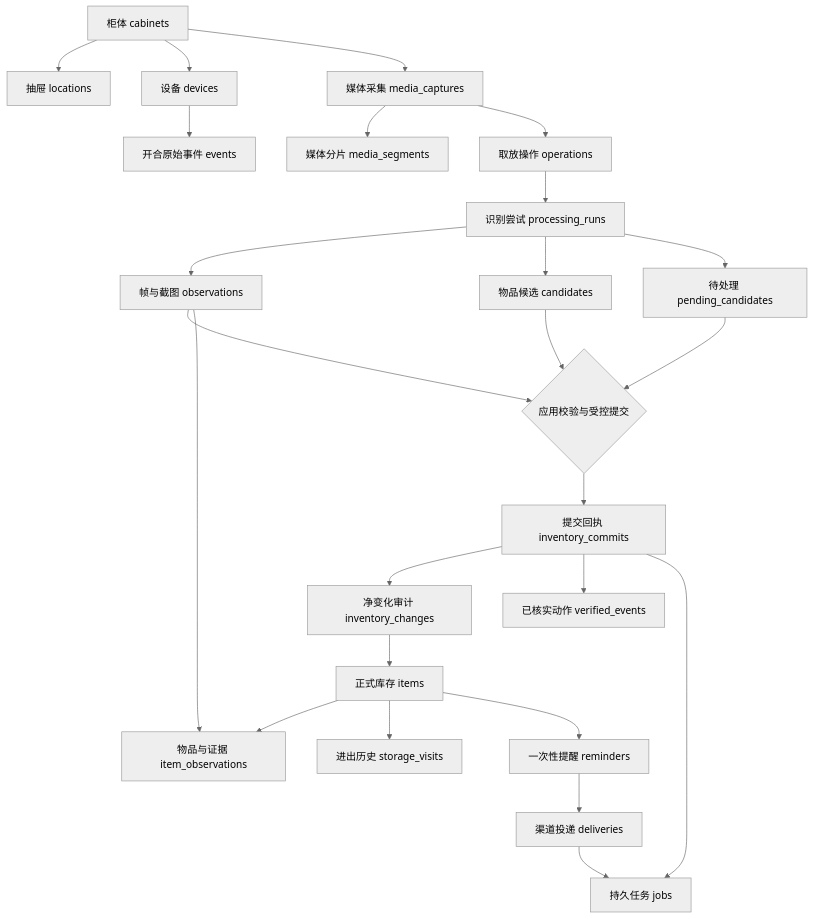
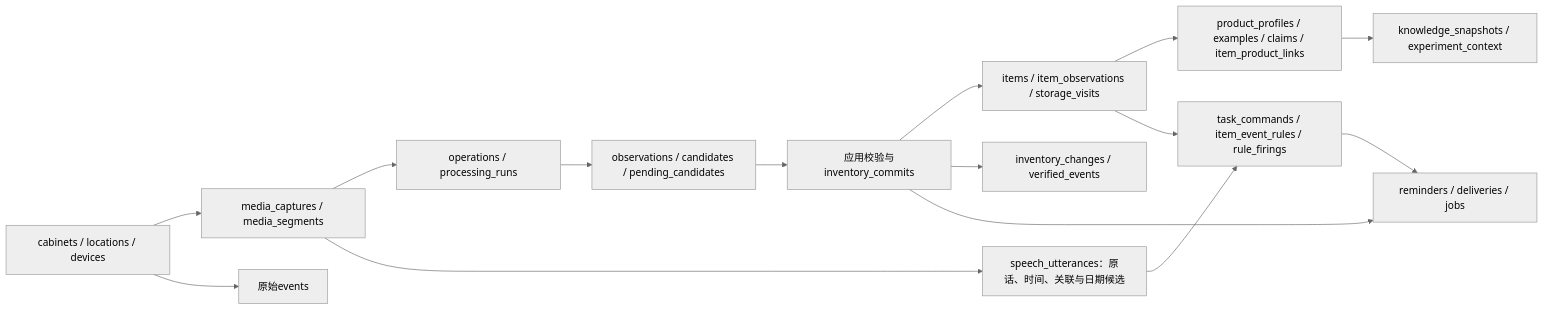
One commit to ZnAtom/MindBox changed the diagram in code/doc/data-contract.md. Above: the diagram before and after it, drawn with Mermaid (neutral theme). The commit also changed other lines of this file and 8 other files, not shown here.

````diff
--- a/code/doc/data-contract.md
+++ b/code/doc/data-contract.md
@@ -64,27 +25,17 @@
 ```mermaid
-flowchart TD
-    C[柜体 cabinets] --> L[抽屉 locations]
-    C --> D[设备 devices]
-    D --> E[开合原始事件 events]
-    C --> M[媒体采集 media_captures]
-    M --> S[媒体分片 media_segments]
-    M --> O[取放操作 operations]
-    O --> R[识别尝试 processing_runs]
-    R --> V[帧与截图 observations]
-    R --> A[物品候选 candidates]
-    R --> P[待处理 pending_candidates]
-    A --> G{应用校验与受控提交}
-    V --> G
-    P --> G
-    G --> T[提交回执 inventory_commits]
-    T --> H[净变化审计 inventory_changes]
-    T --> EV[已核实动作 verified_events]
-    H --> I[正式库存 items]
-    I --> IV[物品与证据 item_observations]
-    V --> IV
-    I --> VIS[进出历史 storage_visits]
-    I --> REM[一次性提醒 reminders]
-    REM --> DEL[渠道投递 deliveries]
-    DEL --> J[持久任务 jobs]
-    T --> J
+flowchart LR
+    C["cabinets / locations / devices"] --> M["media_captures / media_segments"]
+    C --> E["原始events"]
+    M --> O["operations / processing_runs"]
+    O --> V["observations / candidates / pending_candidates"]
+    V --> G["应用校验与inventory_commits"]
+    G --> I["items / item_observations / storage_visits"]
+    G --> H["inventory_changes / verified_events"]
+    I --> P["product_profiles / examples / claims / item_product_links"]
+    P --> K["knowledge_snapshots / experiment_context"]
+    M --> S["speech_utterances：原话、时间、关联与日期候选"]
+    S --> T["task_commands / item_event_rules / rule_firings"]
+    I --> T
+    T --> R["reminders / deliveries / jobs"]
+    G --> R
 ```
````
